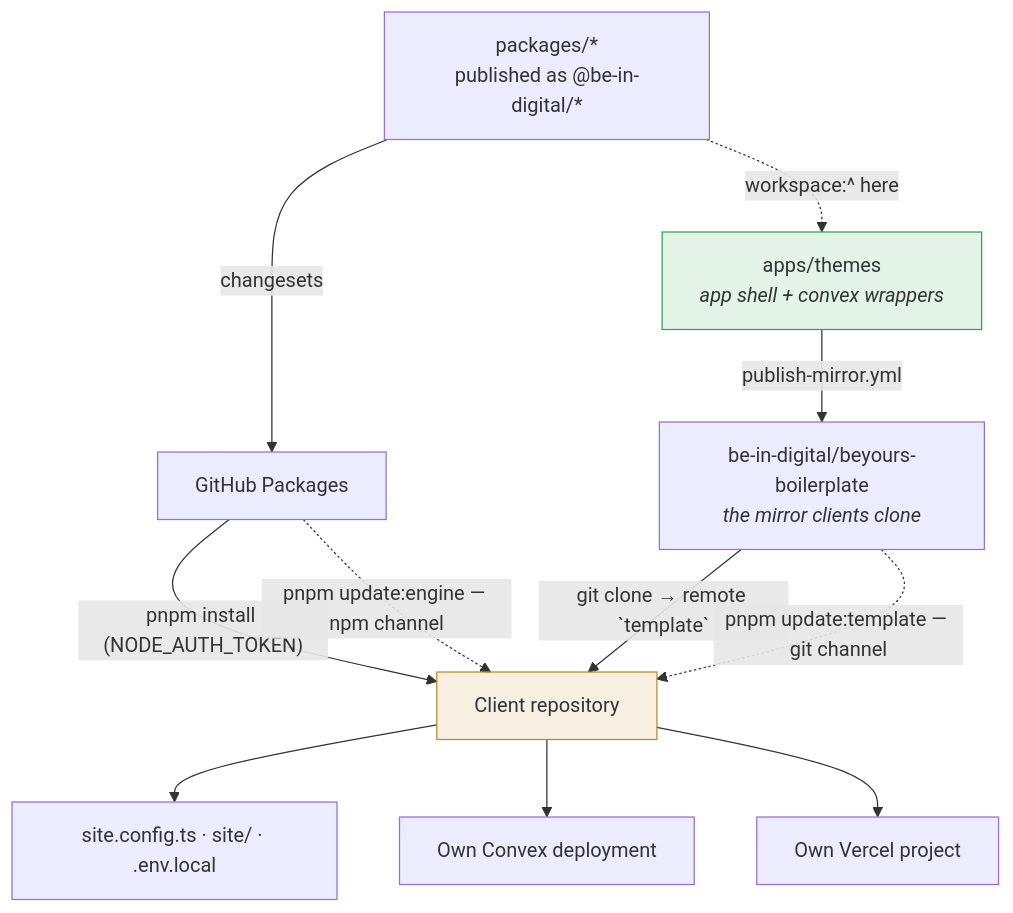
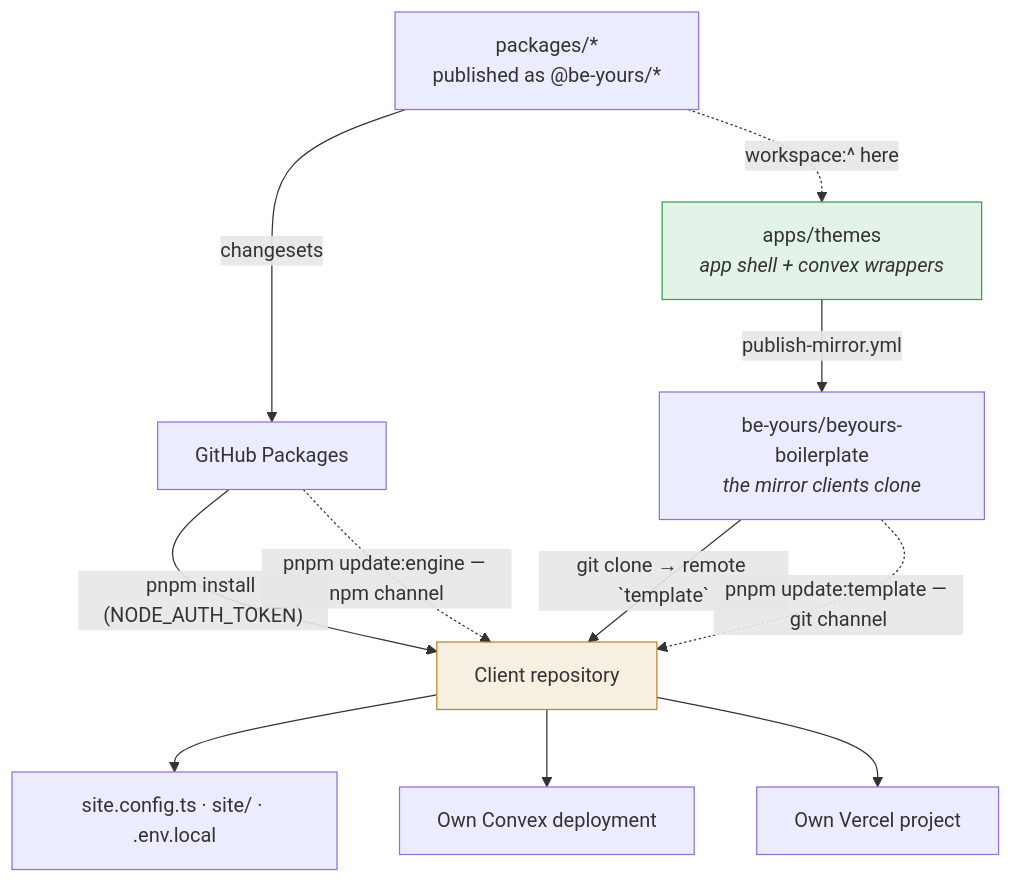
Before and after one commit to be-in-digital/beyours: the diagram in apps/themes/README.md, drawn with Mermaid. The commit also changed other lines of this file and 1153 other files, not shown here.

````diff
--- a/apps/themes/README.md
+++ b/apps/themes/README.md
@@ -12,19 +12,19 @@
 ```mermaid
 flowchart TB
-    P["packages/*<br/>published as @be-in-digital/*"] -->|changesets| REG["GitHub Packages"]
-    T["apps/themes<br/><i>app shell + convex wrappers</i>"] -->|publish-mirror.yml| MIR["be-in-digital/beyours-boilerplate<br/><i>the mirror clients clone</i>"]
+    P["packages/*<br/>published as @be-yours/*"] -->|changesets| REG["GitHub Packages"]
+    T["apps/themes<br/><i>app shell + convex wrappers</i>"] -->|publish-mirror.yml| MIR["be-yours/beyours-boilerplate<br/><i>the mirror clients clone</i>"]
     P -.->|"workspace:^ here"| T
 
     MIR -->|"git clone → remote `template`"| C["Client repository"]
     REG -->|"pnpm install (NODE_AUTH_TOKEN)"| C
 
     C --> CFG["site.config.ts · site/ · .env.local"]
     C --> CVX["Own Convex deployment"]
     C --> VER["Own Vercel project"]
 
     MIR -.->|"pnpm update:template — git channel"| C
     REG -.->|"pnpm update:engine — npm channel"| C
 
     style T fill:#2da44e22,stroke:#2da44e
     style C fill:#bf872622,stroke:#bf8726
 ```
````
